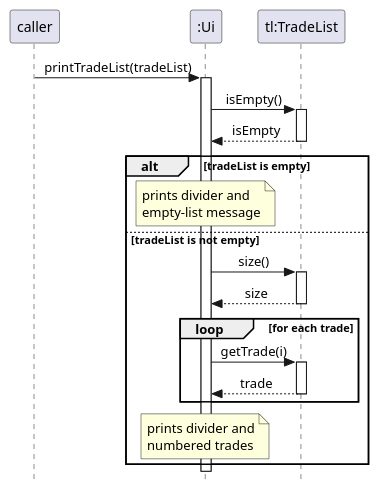
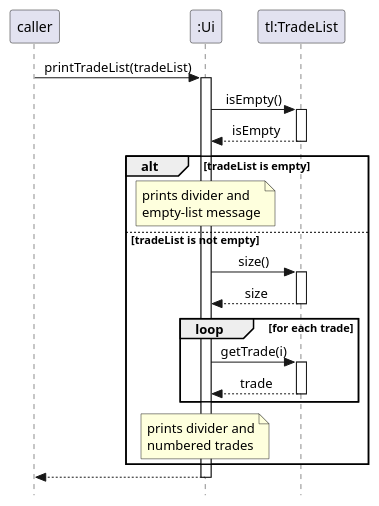
One commit to AY2526S2-CS2113-T11-2/tp changed the diagram in docs/diagrams/ui-print-trade-list-sequence.puml. Above: the diagram before and after it, drawn with PlantUML. The commit also changed 9 other files, not shown here.

```diff
--- a/docs/diagrams/ui-print-trade-list-sequence.puml
+++ b/docs/diagrams/ui-print-trade-list-sequence.puml
@@ -1,43 +1,44 @@
 @startuml
 hide footbox
 skinparam Style strictuml
 skinparam SequenceMessageAlign center
 
 participant "caller" as Caller
 participant ":Ui" as Ui
 participant "tl:TradeList" as TradeList
 
 Caller -> Ui : printTradeList(tradeList)
 activate Ui
 
 Ui -> TradeList : isEmpty()
 activate TradeList
 TradeList --> Ui : isEmpty
 deactivate TradeList
 
 alt tradeList is empty
     note over Ui
         prints divider and
         empty-list message
     end note
 else tradeList is not empty
     Ui -> TradeList : size()
     activate TradeList
     TradeList --> Ui : size
     deactivate TradeList
 
     loop for each trade
         Ui -> TradeList : getTrade(i)
         activate TradeList
         TradeList --> Ui : trade
         deactivate TradeList
     end
 
     note over Ui
         prints divider and
         numbered trades
     end note
 end
 
+Ui --> Caller
 deactivate Ui
 @enduml
```
